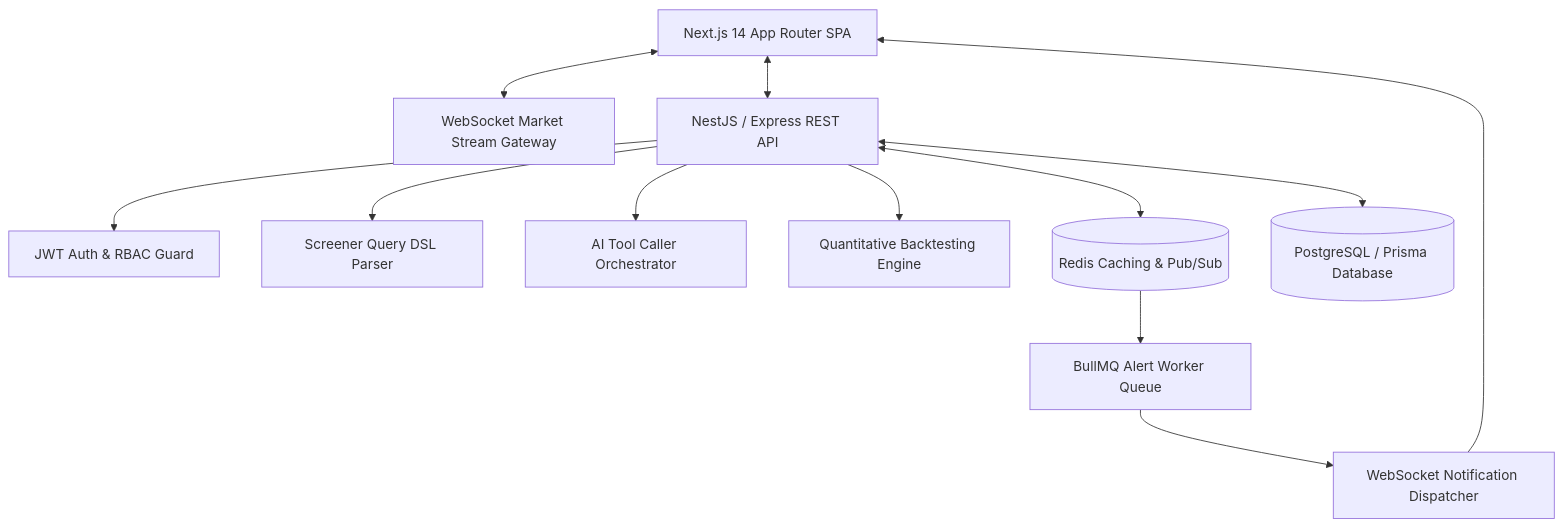
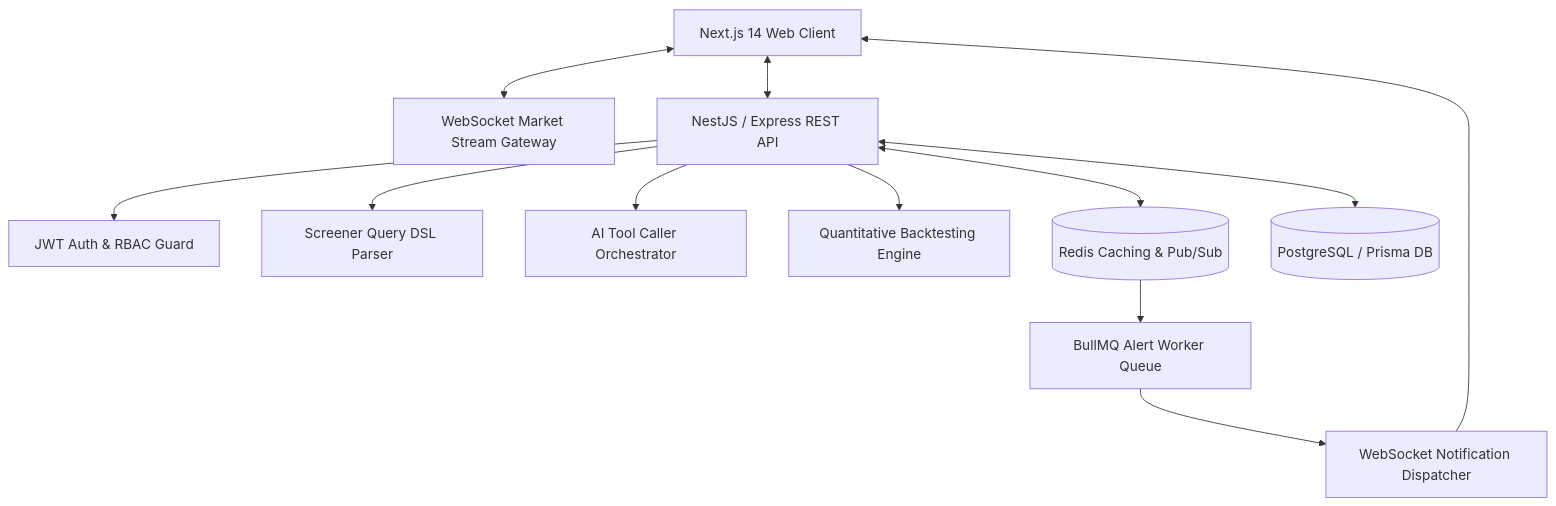
The first of 5 diagrams in README.md (sehaj141/MarketPulse), drawn with Mermaid before and after one commit. The commit also changed other lines of this file, not shown here.

Commit message:
docs: add detailed system architecture, sequence diagrams, and engineering decision matrix to README

````diff
--- a/README.md
+++ b/README.md
@@ -26,17 +78,17 @@
 ```mermaid
 graph TD
-    User[Next.js 14 App Router SPA] <--> WS[WebSocket Market Stream Gateway]
+    User[Next.js 14 Web Client] <--> WS[WebSocket Market Stream Gateway]
     User <--> REST[NestJS / Express REST API]
 
     REST --> Auth[JWT Auth & RBAC Guard]
     REST --> Screener[Screener Query DSL Parser]
     REST --> AI[AI Tool Caller Orchestrator]
     REST --> Quant[Quantitative Backtesting Engine]
 
     REST <--> Redis[(Redis Caching & Pub/Sub)]
-    REST <--> DB[(PostgreSQL / Prisma Database)]
+    REST <--> DB[(PostgreSQL / Prisma DB)]
 
     Redis --> BullMQ[BullMQ Alert Worker Queue]
     BullMQ --> Notif[WebSocket Notification Dispatcher]
     Notif --> User
 ```
````
